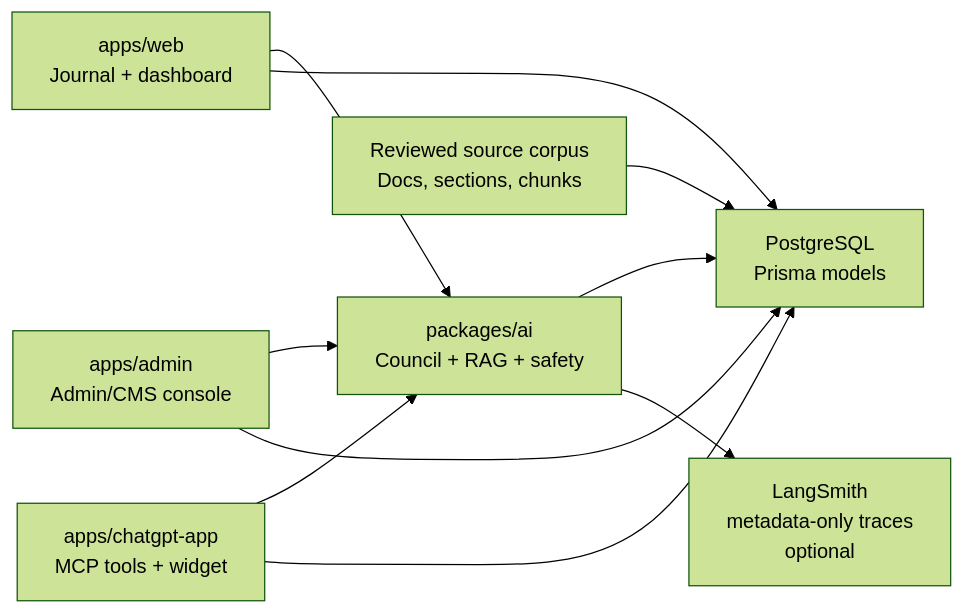
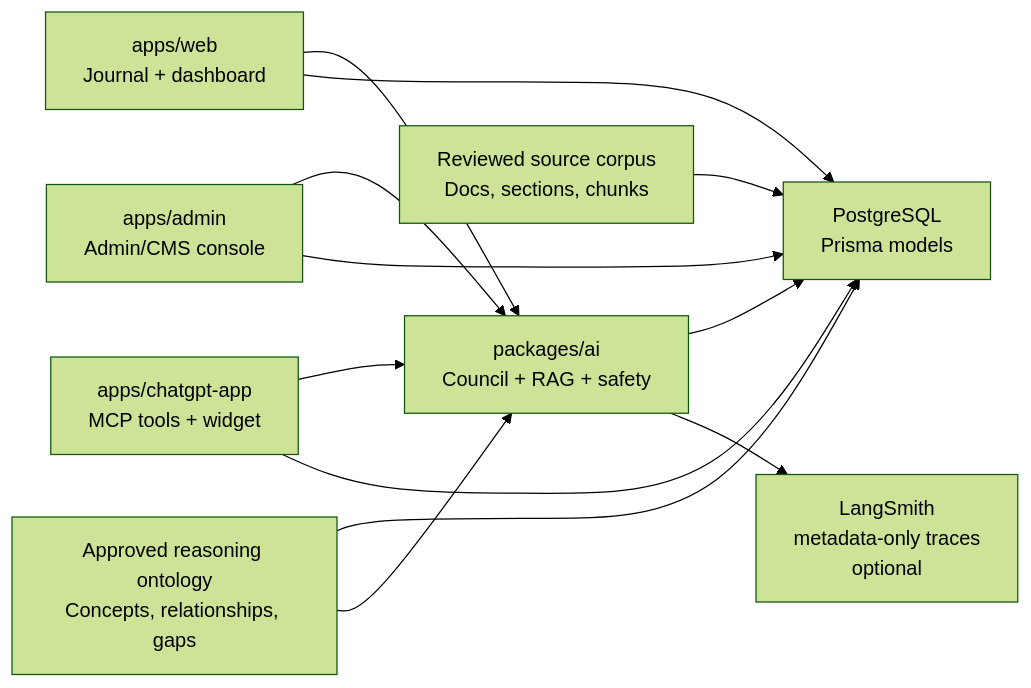
Before and after one commit to carlwelchdesign/supraconscious-avatar-ai: the diagram in README.md, drawn with Mermaid (forest theme). The commit also changed other lines of this file, not shown here.

````diff
--- a/README.md
+++ b/README.md
@@ -49,12 +51,14 @@
 ```mermaid
 flowchart LR
   Web["apps/web\nJournal + dashboard"] --> AI["packages/ai\nCouncil + RAG + safety"]
   Admin["apps/admin\nAdmin/CMS console"] --> AI
   MCP["apps/chatgpt-app\nMCP tools + widget"] --> AI
   AI --> DB["PostgreSQL\nPrisma models"]
   AI --> LS["LangSmith\nmetadata-only traces\noptional"]
   Admin --> DB
   Web --> DB
   MCP --> DB
   Sources["Reviewed source corpus\nDocs, sections, chunks"] --> DB
+  Ontology["Approved reasoning ontology\nConcepts, relationships, gaps"] --> DB
+  Ontology --> AI
 ```
````
